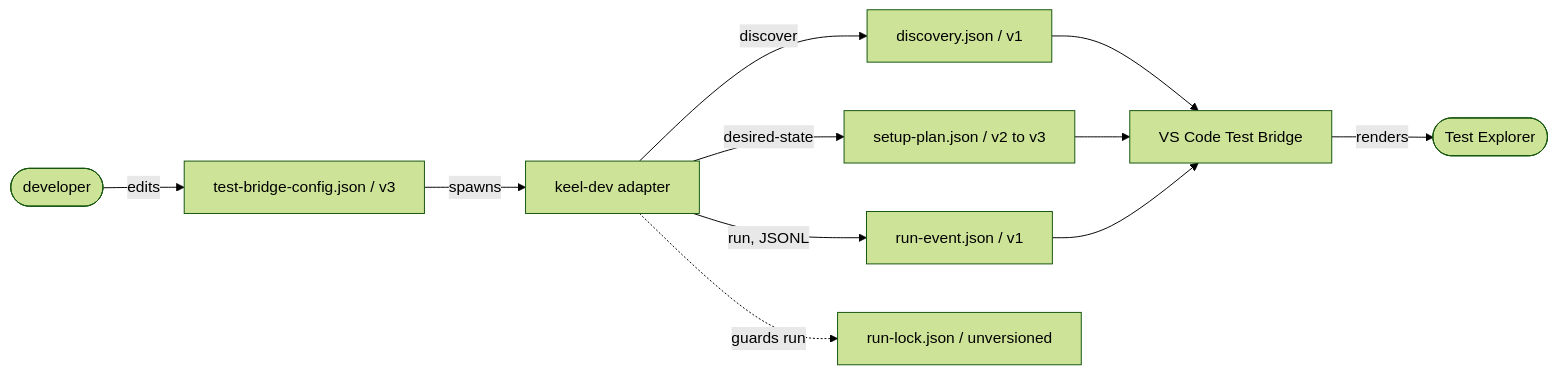
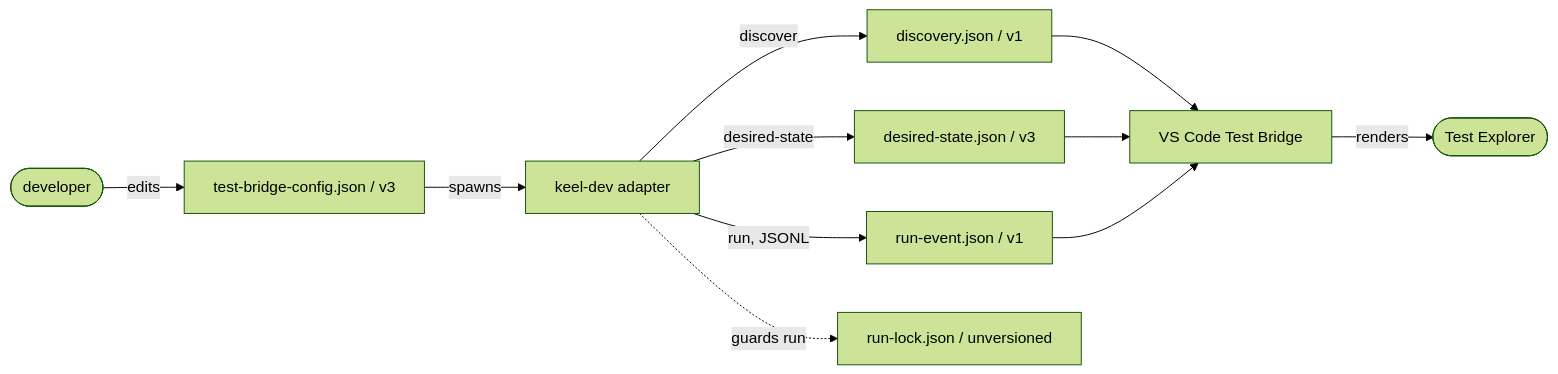
The first of 5 diagrams in docs/wire-schema.md (david-aggeler/keel), drawn with Mermaid (forest theme) before and after one commit. The commit also changed other lines of this file and 21 other files, not shown here.

````diff
--- a/docs/wire-schema.md
+++ b/docs/wire-schema.md
@@ -11,13 +11,13 @@
 ```mermaid
 flowchart LR
     dev([developer]) -->|edits| CFG["test-bridge-config.json / v3"]
     CFG -->|spawns| ADP[keel-dev adapter]
     ADP -->|discover| DISC["discovery.json / v1"]
-    ADP -->|desired-state| PLAN["setup-plan.json / v2 to v3"]
+    ADP -->|desired-state| STATE["desired-state.json / v3"]
     ADP -->|run, JSONL| RUN["run-event.json / v1"]
     ADP -.->|guards run| LOCK["run-lock.json / unversioned"]
     DISC --> VSIX[VS Code Test Bridge]
-    PLAN --> VSIX
+    STATE --> VSIX
     RUN --> VSIX
     VSIX -->|renders| tree([Test Explorer])
 ```
````
